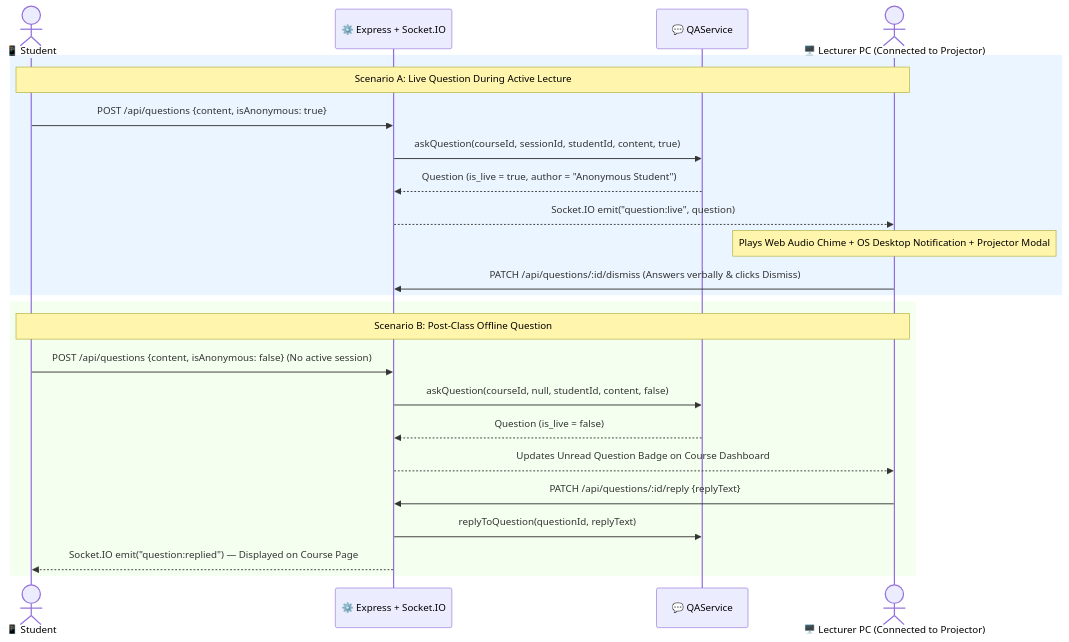
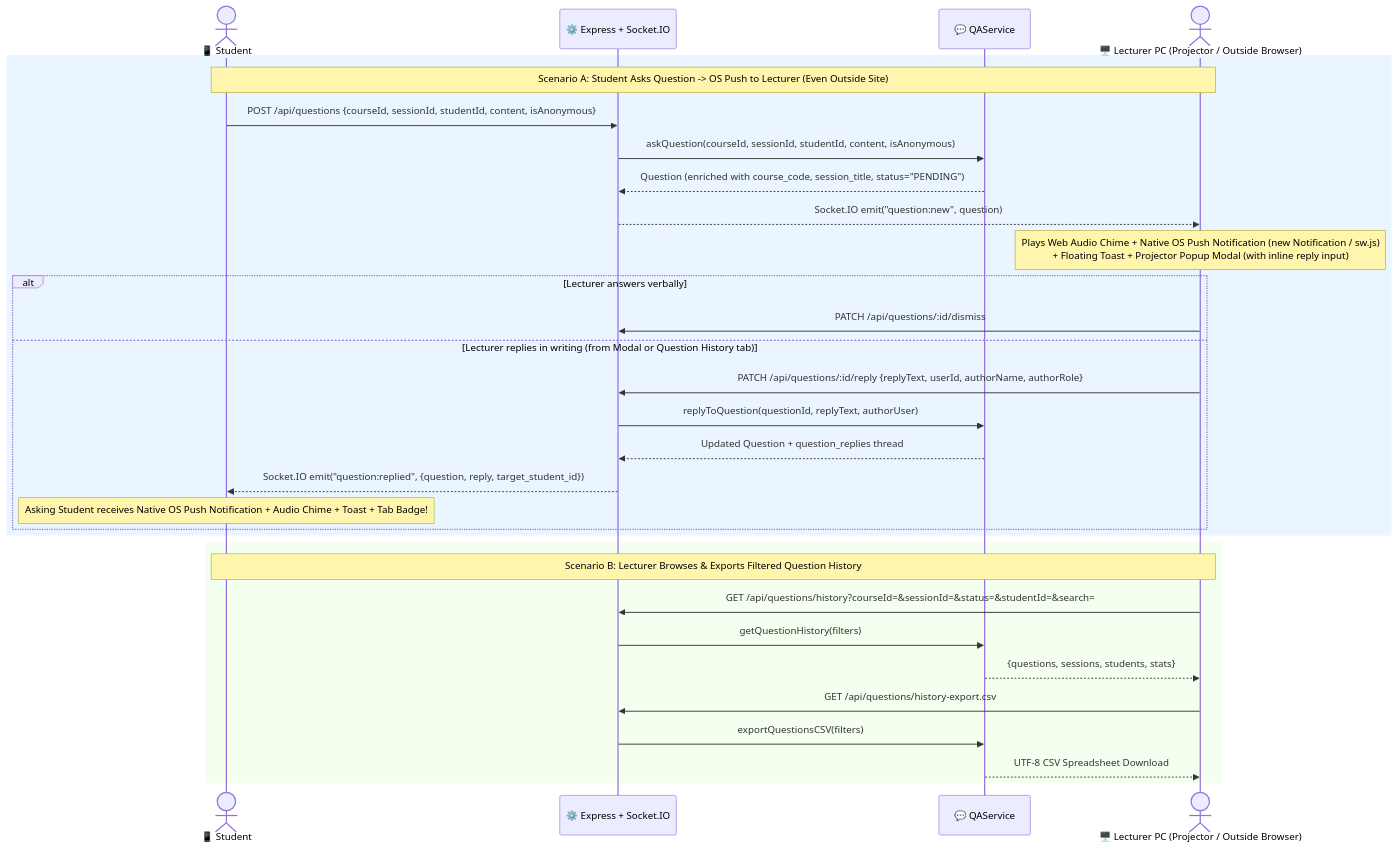
One commit to amiramAs/I2SE_Exe2 changed the third of 6 diagrams in docs/06_Class_and_Sequence_Diagrams.md. Above: the diagram before and after it, drawn with Mermaid. The commit also changed other lines of this file and 17 other files, not shown here.

Commit message:
feat: add user authentication, push notifications, and comprehensive documentation

````diff
--- a/docs/06_Class_and_Sequence_Diagrams.md
+++ b/docs/06_Class_and_Sequence_Diagrams.md
@@ -133,28 +153,35 @@
 ```mermaid
 sequenceDiagram
     actor Student as 📱 Student
     participant Server as ⚙️ Express + Socket.IO
     participant QASvc as 💬 QAService
-    actor LecturerPC as 🖥️ Lecturer PC (Connected to Projector)
+    actor LecturerPC as 🖥️ Lecturer PC (Projector / Outside Browser)
 
     rect rgb(235, 245, 255)
-        Note over Student,LecturerPC: Scenario A: Live Question During Active Lecture
-        Student->>Server: POST /api/questions {content, isAnonymous: true}
-        Server->>QASvc: askQuestion(courseId, sessionId, studentId, content, true)
-        QASvc-->>Server: Question (is_live = true, author = "Anonymous Student")
-        Server-->>LecturerPC: Socket.IO emit("question:live", question)
-        Note over LecturerPC: Plays Web Audio Chime + OS Desktop Notification + Projector Modal
-        LecturerPC->>Server: PATCH /api/questions/:id/dismiss (Answers verbally & clicks Dismiss)
+        Note over Student,LecturerPC: Scenario A: Student Asks Question -> OS Push to Lecturer (Even Outside Site)
+        Student->>Server: POST /api/questions {courseId, sessionId, studentId, content, isAnonymous}
+        Server->>QASvc: askQuestion(courseId, sessionId, studentId, content, isAnonymous)
+        QASvc-->>Server: Question (enriched with course_code, session_title, status="PENDING")
+        Server-->>LecturerPC: Socket.IO emit("question:new", question)
+        Note over LecturerPC: Plays Web Audio Chime + Native OS Push Notification (new Notification / sw.js)<br/>+ Floating Toast + Projector Popup Modal (with inline reply input)
+        alt Lecturer answers verbally
+            LecturerPC->>Server: PATCH /api/questions/:id/dismiss
+        else Lecturer replies in writing (from Modal or Question History tab)
+            LecturerPC->>Server: PATCH /api/questions/:id/reply {replyText, userId, authorName, authorRole}
+            Server->>QASvc: replyToQuestion(questionId, replyText, authorUser)
+            QASvc-->>Server: Updated Question + question_replies thread
+            Server-->>Student: Socket.IO emit("question:replied", {question, reply, target_student_id})
+            Note over Student: Asking Student receives Native OS Push Notification + Audio Chime + Toast + Tab Badge!
+        end
     end
 
     rect rgb(245, 255, 240)
-        Note over Student,LecturerPC: Scenario B: Post-Class Offline Question
-        Student->>Server: POST /api/questions {content, isAnonymous: false} (No active session)
-        Server->>QASvc: askQuestion(courseId, null, studentId, content, false)
-        QASvc-->>Server: Question (is_live = false)
-        Server-->>LecturerPC: Updates Unread Question Badge on Course Dashboard
-        LecturerPC->>Server: PATCH /api/questions/:id/reply {replyText}
-        Server->>QASvc: replyToQuestion(questionId, replyText)
-        Server-->>Student: Socket.IO emit("question:replied") — Displayed on Course Page
+        Note over Student,LecturerPC: Scenario B: Lecturer Browses & Exports Filtered Question History
+        LecturerPC->>Server: GET /api/questions/history?courseId=&sessionId=&status=&studentId=&search=
+        Server->>QASvc: getQuestionHistory(filters)
+        QASvc-->>LecturerPC: {questions, sessions, students, stats}
+        LecturerPC->>Server: GET /api/questions/history-export.csv
+        Server->>QASvc: exportQuestionsCSV(filters)
+        QASvc-->>LecturerPC: UTF-8 CSV Spreadsheet Download
     end
 ```
````
